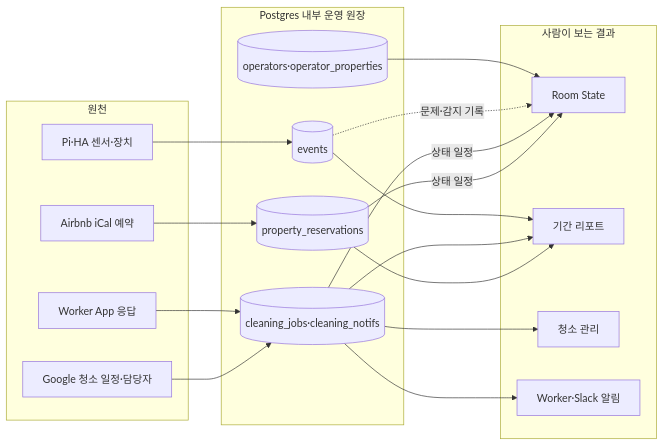
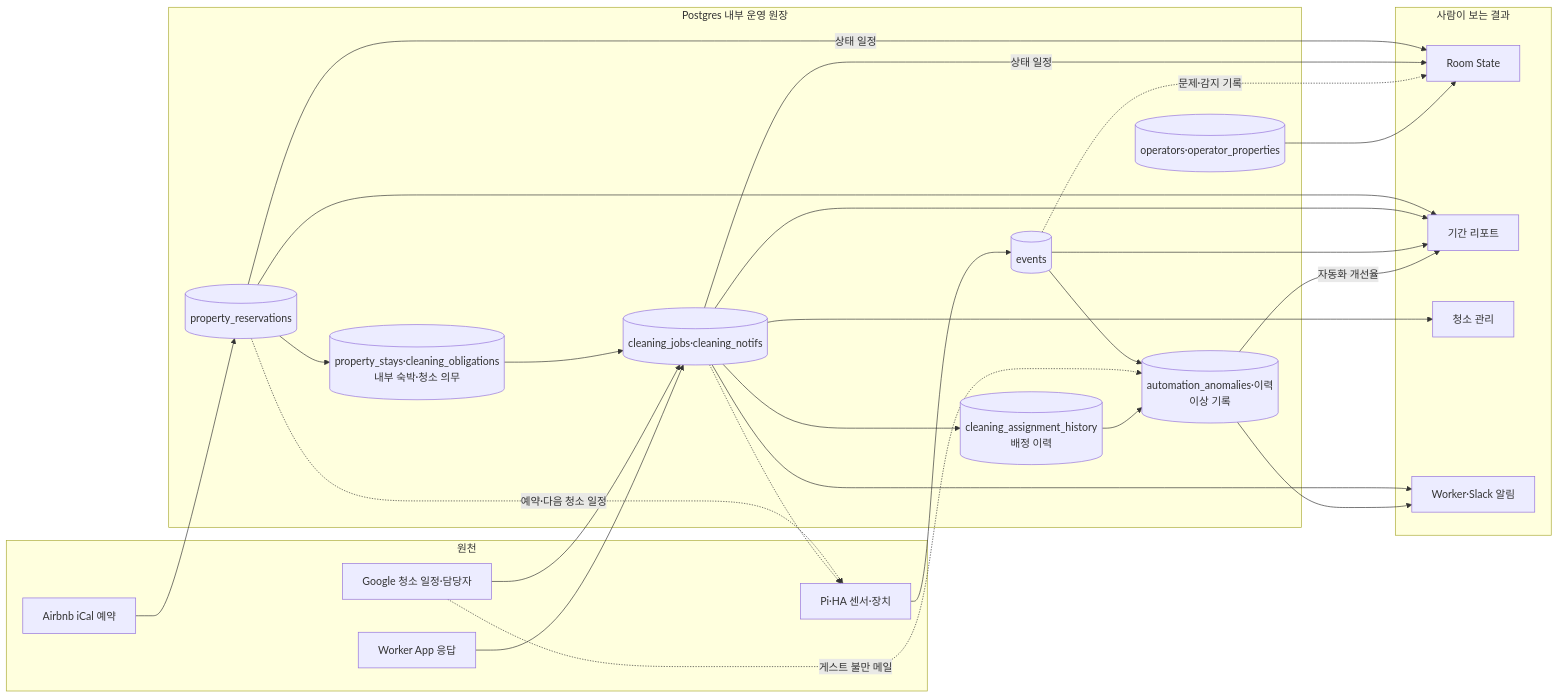
Before and after one commit to adckang/propos: the fourth of 4 diagrams in design_overview.md, drawn with Mermaid. The commit also changed other lines of this file and 5 other files, not shown here.

First line of the commit message:
docs: add the big flows added since 11-17 to the integrated docs (SM-20..29)

````diff
--- a/design_overview.md
+++ b/design_overview.md
@@ -326,35 +342,48 @@
 ```mermaid
 flowchart LR
     subgraph Sources[원천]
         Airbnb[Airbnb iCal 예약]
         Google[Google 청소 일정·담당자]
         Pi[Pi·HA 센서·장치]
         Worker[Worker App 응답]
     end
     subgraph Ledger[Postgres 내부 운영 원장]
         Reservation[(property_reservations)]
+        Stay[(property_stays·cleaning_obligations<br/>내부 숙박·청소 의무)]
         Cleaning[(cleaning_jobs·cleaning_notifs)]
+        AssignHist[(cleaning_assignment_history<br/>배정 이력)]
         Events[(events)]
+        Anomaly[(automation_anomalies·이력<br/>이상 기록)]
         Access[(operators·operator_properties)]
     end
     subgraph Use[사람이 보는 결과]
         Room[Room State]
         Report[기간 리포트]
         CleanUI[청소 관리]
         Alert[Worker·Slack 알림]
     end
 
     Airbnb --> Reservation
     Google --> Cleaning
     Pi --> Events
     Worker --> Cleaning
     Reservation -- 상태 일정 --> Room
     Reservation --> Report
     Cleaning -- 상태 일정 --> Room
     Cleaning --> Report
     Cleaning --> CleanUI
     Events -. 문제·감지 기록 .-> Room
     Events --> Report
     Access --> Room
     Cleaning --> Alert
+    Reservation --> Stay
+    Stay --> Cleaning
+    Cleaning --> AssignHist
+    Events --> Anomaly
+    Google -. 게스트 불만 메일 .-> Anomaly
+    AssignHist --> Anomaly
+    Anomaly -- 자동화 개선율 --> Report
+    Anomaly --> Alert
+    Reservation -. 예약·다음 청소 일정 .-> Pi
+    Cleaning -.-> Pi
 ```
````
